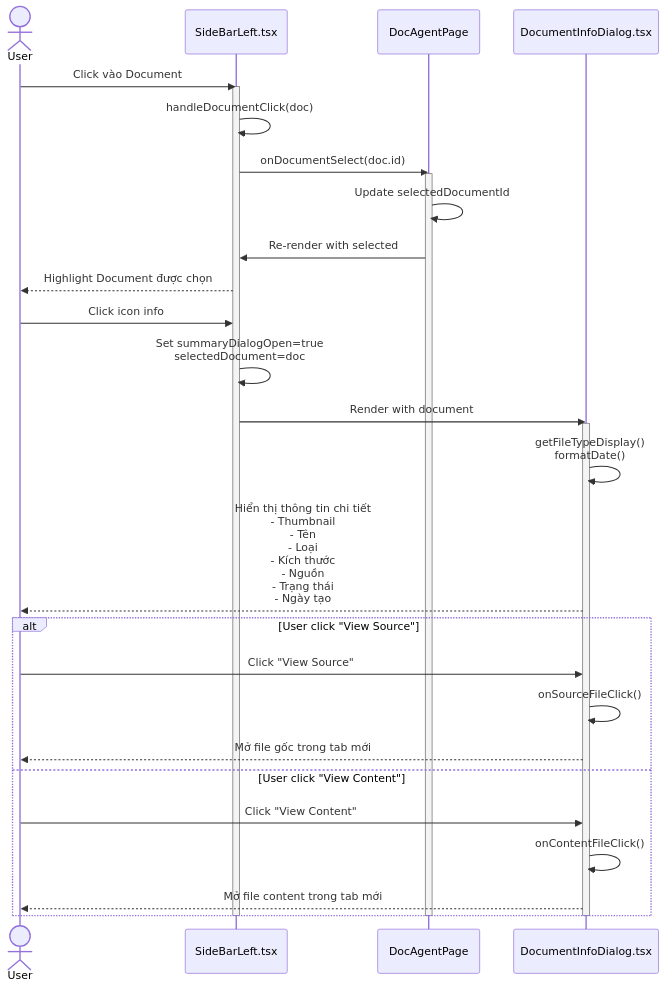
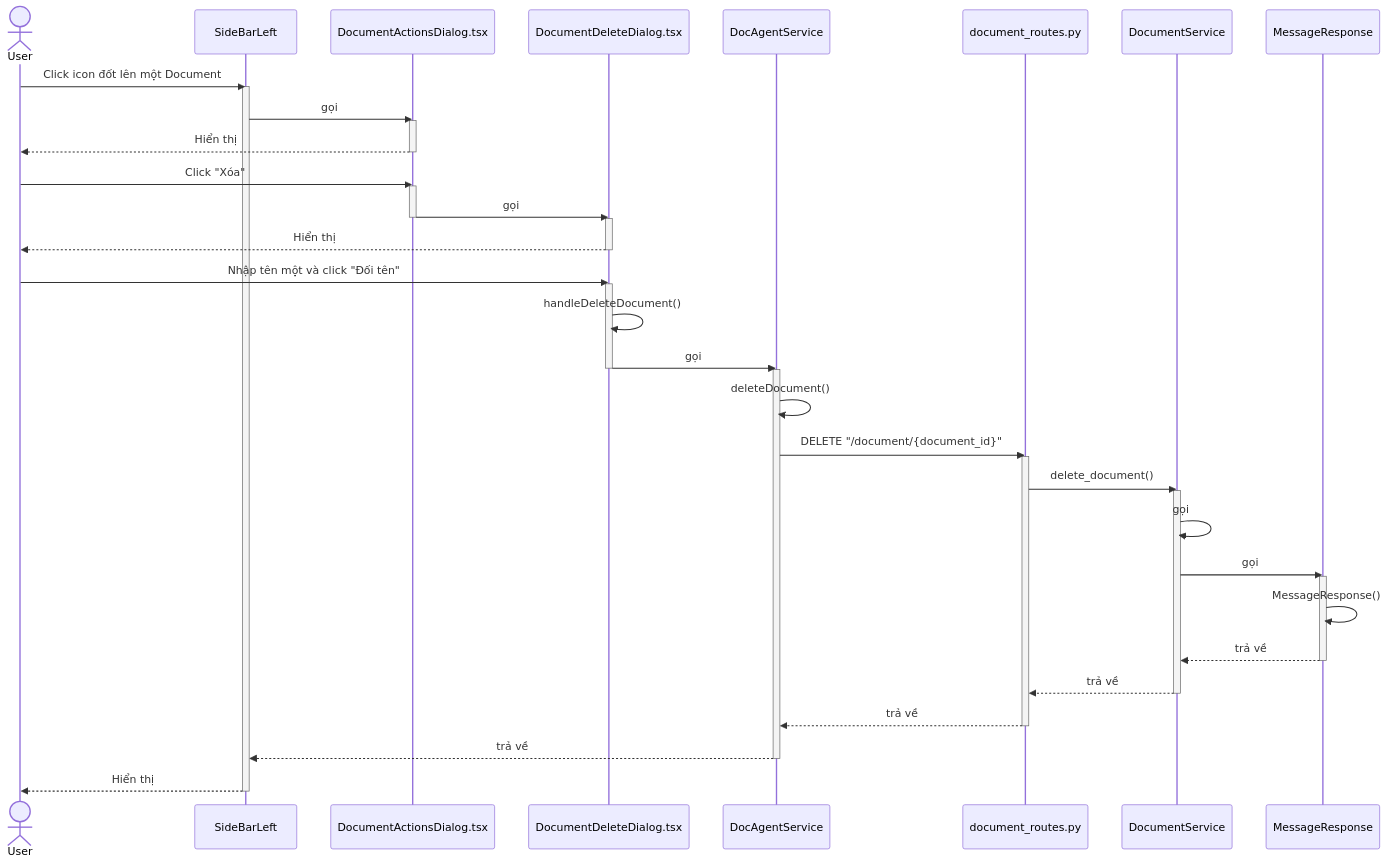
The second of 4 diagrams in document/4_document_management_seq.md (mduc-2610/gp_doc), drawn with Mermaid before and after one commit. The commit also changed other lines of this file and 34 other files, not shown here.

````diff
--- a/document/4_document_management_seq.md
+++ b/document/4_document_management_seq.md
@@ -265,44 +63,63 @@
 ```mermaid
 sequenceDiagram
     actor User
-    participant SideBarLeft as SideBarLeft.tsx
-    participant DocAgentPage as DocAgentPage
-    participant DocumentInfoDialog as DocumentInfoDialog.tsx
+    participant SideBarLeft as SideBarLeft
+    participant DocumentActionsDialog as DocumentActionsDialog.tsx
+    participant DocumentDeleteDialog as DocumentDeleteDialog.tsx
+    participant DocAgentService as DocAgentService
+    participant DocumentRoutes as document_routes.py
+    participant DocumentService as DocumentService
+    participant MessageResponse as MessageResponse
 
-    User->>SideBarLeft: Click vào Document
+    User->>SideBarLeft: Click icon đốt lên một Document
     activate SideBarLeft
     
-    SideBarLeft->>SideBarLeft: handleDocumentClick(doc)
+    SideBarLeft->>DocumentActionsDialog: gọi
+    activate DocumentActionsDialog
+    DocumentActionsDialog-->>User: Hiển thị
+    deactivate DocumentActionsDialog
     
-    SideBarLeft->>DocAgentPage: onDocumentSelect(doc.id)
-    activate DocAgentPage
+    User->>DocumentActionsDialog: Click "Xóa"
+    activate DocumentActionsDialog
     
-    DocAgentPage->>DocAgentPage: Update selectedDocumentId
+    DocumentActionsDialog->>DocumentDeleteDialog: gọi
+    deactivate DocumentActionsDialog
+    activate DocumentDeleteDialog
+    DocumentDeleteDialog-->>User: Hiển thị
+    deactivate DocumentDeleteDialog
     
-    DocAgentPage->>SideBarLeft: Re-render with selected
-    SideBarLeft-->>User: Highlight Document được chọn
+    User->>DocumentDeleteDialog: Nhập tên một và click "Đối tên"
+    activate DocumentDeleteDialog
     
-    User->>SideBarLeft: Click icon info
-    SideBarLeft->>SideBarLeft: Set summaryDialogOpen=true<br/>selectedDocument=doc
+    DocumentDeleteDialog->>DocumentDeleteDialog: handleDeleteDocument()
+    DocumentDeleteDialog->>DocAgentService: gọi
+    deactivate DocumentDeleteDialog
+    activate DocAgentService
     
-    SideBarLeft->>DocumentInfoDialog: Render with document
-    activate DocumentInfoDialog
+    DocAgentService->>DocAgentService: deleteDocument()
+    DocAgentService->>DocumentRoutes: DELETE "/document/{document_id}"
+    activate DocumentRoutes
     
-    DocumentInfoDialog->>DocumentInfoDialog: getFileTypeDisplay()<br/>formatDate()
+    DocumentRoutes->>DocumentService: delete_document()
+    activate DocumentService
     
-    DocumentInfoDialog-->>User: Hiển thị thông tin chi tiết<br/>- Thumbnail<br/>- Tên<br/>- Loại<br/>- Kích thước<br/>- Nguồn<br/>- Trạng thái<br/>- Ngày tạo
+    DocumentService->>DocumentService: gọi
+    DocumentService->>MessageResponse: gọi
+    activate MessageResponse
     
-    alt User click "View Source"
-        User->>DocumentInfoDialog: Click "View Source"
-        DocumentInfoDialog->>DocumentInfoDialog: onSourceFileClick()
-        DocumentInfoDialog-->>User: Mở file gốc trong tab mới
-    else User click "View Content"
-        User->>DocumentInfoDialog: Click "View Content"
-        DocumentInfoDialog->>DocumentInfoDialog: onContentFileClick()
-        DocumentInfoDialog-->>User: Mở file content trong tab mới
-    end
+    MessageResponse->>MessageResponse: MessageResponse()
+    MessageResponse-->>DocumentService: trả về
+    deactivate MessageResponse
     
-    deactivate DocumentInfoDialog
-    deactivate DocAgentPage
+    DocumentService-->>DocumentRoutes: trả về
+    deactivate DocumentService
+    
+    DocumentRoutes-->>DocAgentService: trả về
+    deactivate DocumentRoutes
+    
+    DocAgentService-->>SideBarLeft: trả về
+    deactivate DocAgentService
+    
+    SideBarLeft-->>User: Hiển thị
     deactivate SideBarLeft
 ```
````
